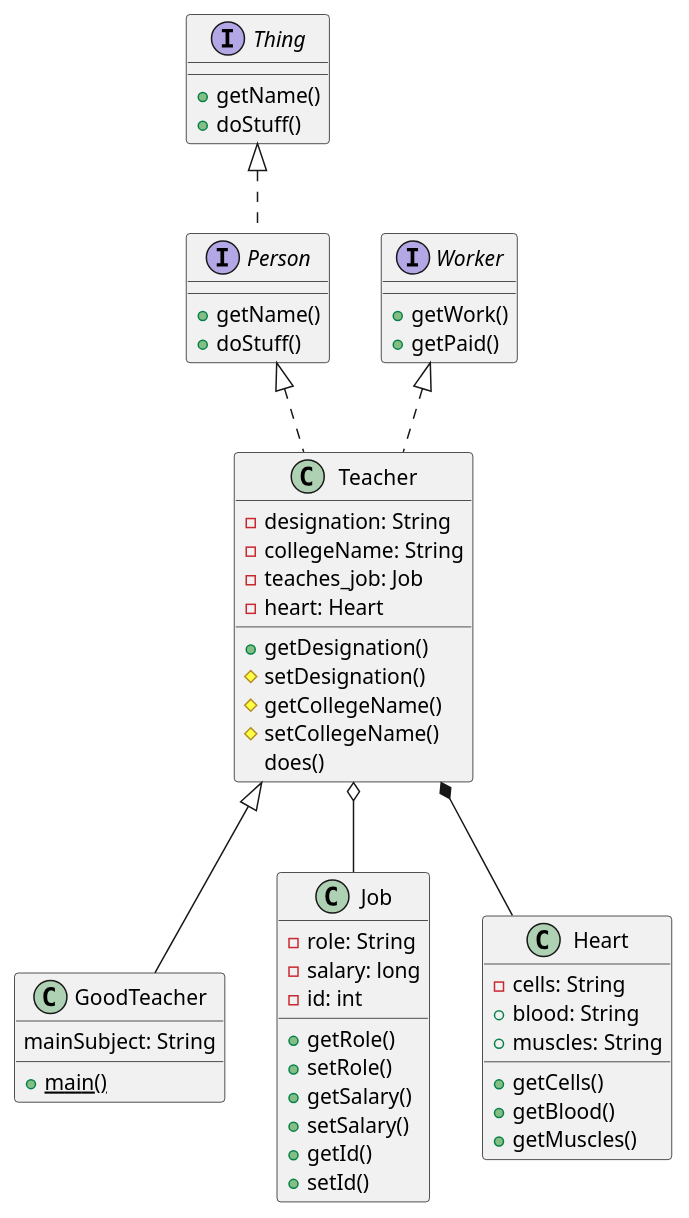
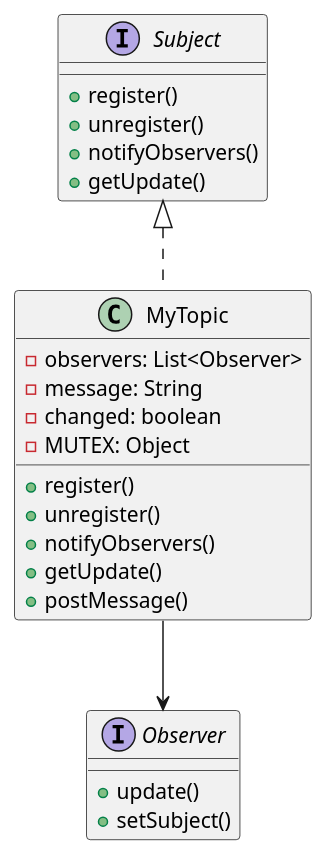
Before and after one commit to afmoyar/Java-Documentator: the diagram in Java-documentator/Documentation/Class_diagram.puml, drawn with PlantUML. The commit also changed 5 other files, not shown here.

```diff
--- a/Java-documentator/Documentation/Class_diagram.puml
+++ b/Java-documentator/Documentation/Class_diagram.puml
@@ -1,54 +1,25 @@
 @startuml
-Interface Thing{
-	+getName()
-	+doStuff()
+Interface Subject{
+	+register()
+	+unregister()
+	+notifyObservers()
+	+getUpdate()
 }
-Interface Person{
-	+getName()
-	+doStuff()
+Interface Observer{
+	+update()
+	+setSubject()
 }
-Interface Worker{
-	+getWork()
-	+getPaid()
+class MyTopic{
+	-observers: List<Observer>
+	-message: String
+	-changed: boolean
+	-MUTEX: Object
+	+register()
+	+unregister()
+	+notifyObservers()
+	+getUpdate()
+	+postMessage()
 }
-class Teacher{
-	-designation: String
-	-collegeName: String
-	-teaches_job: Job
-	-heart: Heart
-	+getDesignation()
-	#setDesignation()
-	#getCollegeName()
-	#setCollegeName()
-	does()
-}
-class GoodTeacher{
-	mainSubject: String
-	+{static}main()
-}
-class Job{
-	-role: String
-	-salary: long
-	-id: int
-	+getRole()
-	+setRole()
-	+getSalary()
-	+setSalary()
-	+getId()
-	+setId()
-}
-class Heart{
-	-cells: String
-	+blood: String
-	+muscles: String
-	+getCells()
-	+getBlood()
-	+getMuscles()
-}
-GoodTeacher -up-|> Teacher
-Teacher o-- Job
-Teacher *-- Heart
-Teacher .up.|> Person
-Teacher .up.|> Worker
-Person .up.|> Thing
+MyTopic --> Observer
+MyTopic .up.|> Subject
 @enduml
```
